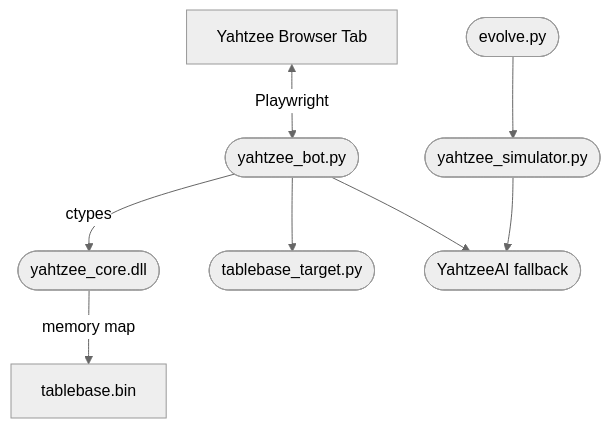
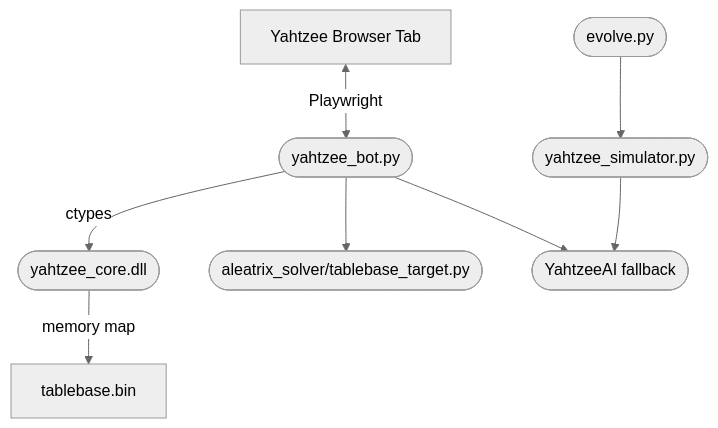
One commit to YatzCore/aleatrix-solver changed the diagram in README.md. Above: the diagram before and after it, drawn with Mermaid (neutral theme). The commit also changed other lines of this file and 30 other files, not shown here.

````diff
--- a/README.md
+++ b/README.md
@@ -49,10 +49,10 @@
 ```mermaid
 graph TD
     A[Yahtzee Browser Tab] <-->|Playwright| B([yahtzee_bot.py])
     B -->|ctypes| C([yahtzee_core.dll])
     C -->|memory map| D[tablebase.bin]
-    B --> E([tablebase_target.py])
+    B --> E([aleatrix_solver/tablebase_target.py])
     B --> F([YahtzeeAI fallback])
     G([yahtzee_simulator.py]) --> F
     H([evolve.py]) --> G
 ```
````
